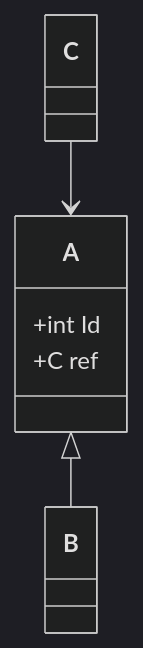
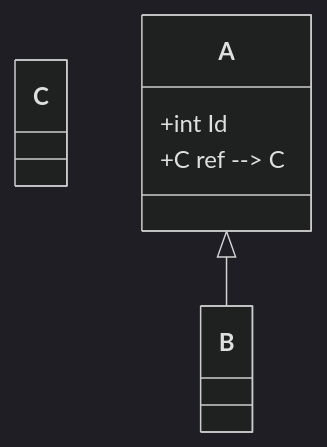
One commit to M5alil/mermaid changed the diagram in README.md. Above: the diagram before and after it, drawn with Mermaid (dark theme).

````diff
--- a/README.md
+++ b/README.md
@@ -2,10 +2,10 @@
 ``` mermaid 
 classDiagram
   class C 
   class A {
     +int Id
-    +C ref
+    +C ref --> C
   }
   A <|-- B
-  C --> A
+  
 ```
````
